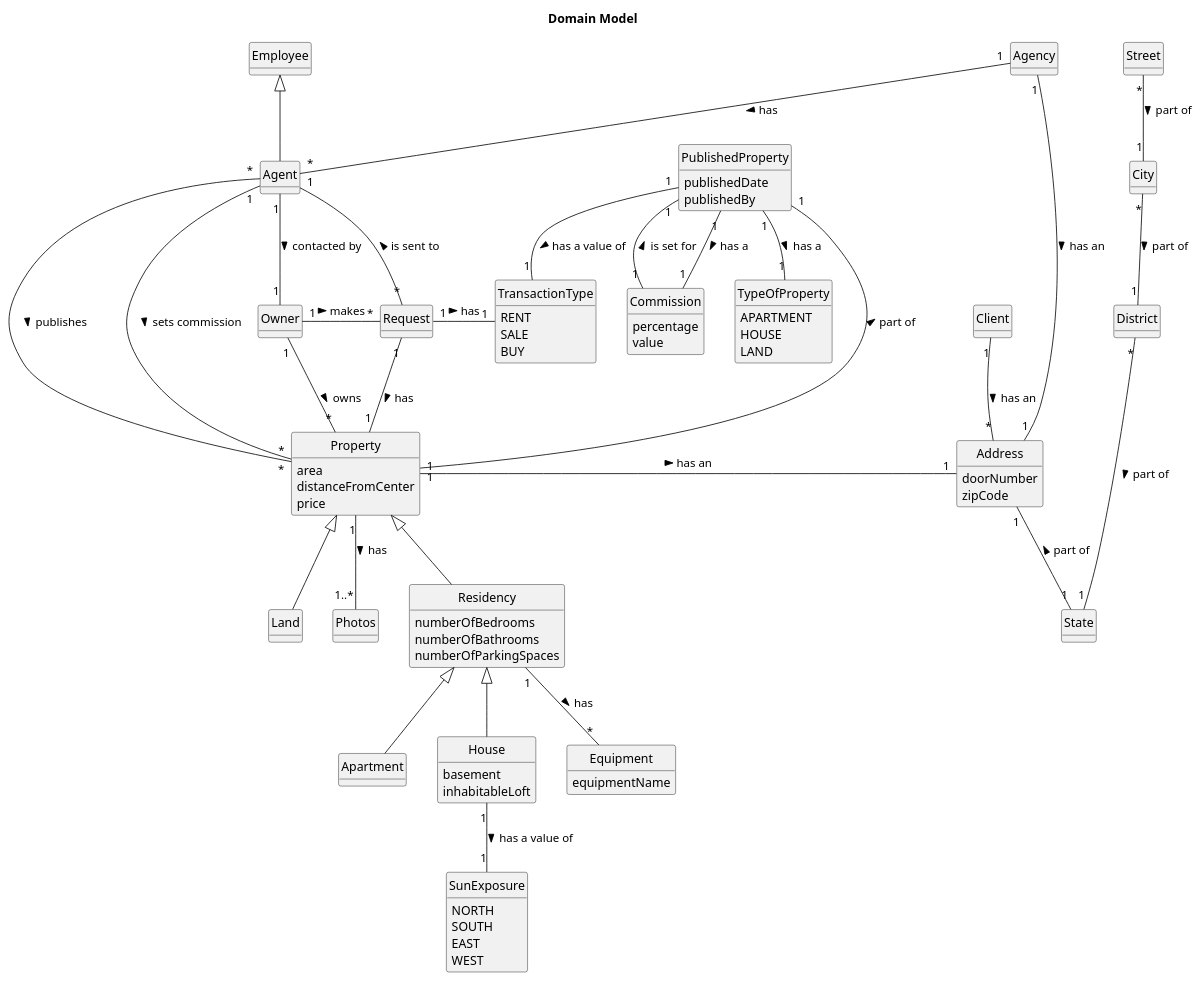
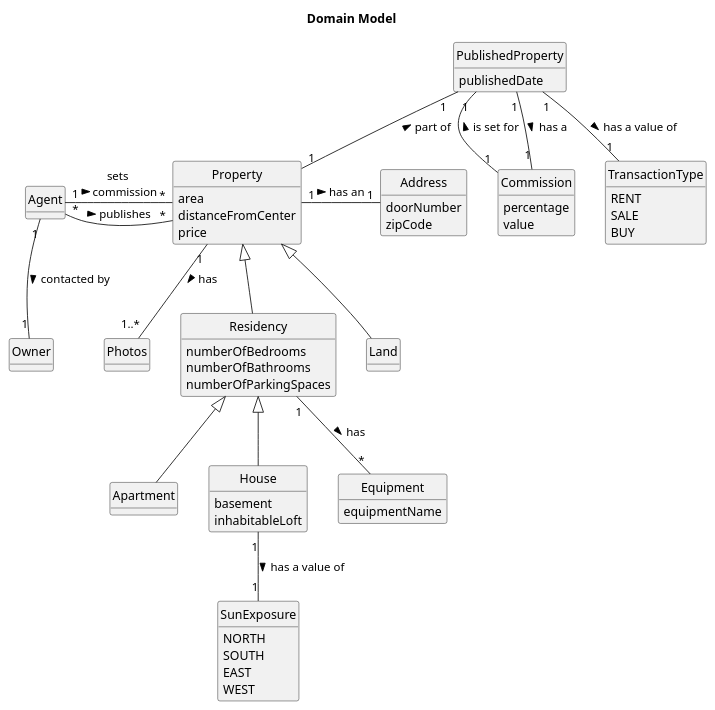
The diagram in docs/sprintC/us002/02.analysis/puml/us002-domain-model.puml (Goncalves2525/real-estate-management-system), drawn with PlantUML before and after one commit. The commit also changed 9 other files, not shown here.

Commit message:
SD & SSD [US012] CreatePropertyRequestScene & Window [US004]

```diff
--- a/docs/sprintC/us002/02.analysis/puml/us002-domain-model.puml
+++ b/docs/sprintC/us002/02.analysis/puml/us002-domain-model.puml
@@ -1,134 +1,102 @@
 @startuml
 skinparam monochrome true
 skinparam packageStyle rectangle
 skinparam shadowing false
 skinparam classAttributeIconSize 0
 'skinparam linetype ortho
 hide circle
 hide methods
 
 title Domain Model
 
-class Client{
+'class Employee{
+'}
+
+class Agent {
 }
-
-class Owner{
-}
-
-class Employee{
-}
-
-class Agent extends Employee{
-}
-
-
 
 class Property{
     area
     distanceFromCenter
     price
 }
 
 class Photos {
 }
 
 class Address{
     doorNumber
     zipCode
-}
-
-class Street{
-}
-
-class City{
-}
-
-class District{
-}
-
-class State{
 }
 
 class Apartment extends Residency{
 }
 
 class House extends Residency{
     basement
     inhabitableLoft
 }
 
 class Residency extends Property{
     numberOfBedrooms
     numberOfBathrooms
     numberOfParkingSpaces
 
 }
 
 class PublishedProperty{
     publishedDate
-    publishedBy
+    'publishedBy
 }
 
 class Commission{
     percentage
     value
 }
 
-class TypeOfProperty{
-    APARTMENT
-    HOUSE
-    LAND
-}
+'class TypeOfProperty{
+'    APARTMENT
+'    HOUSE
+'    LAND
+'}
 
 class Land extends Property{
 }
 
 class Equipment{
     equipmentName
 }
 
 
 class SunExposure{
 NORTH
 SOUTH
 EAST
 WEST
 }
 
 class TransactionType{
 RENT
 SALE
 BUY
 }
 
 
-class Request{
-}
-
-PublishedProperty "1" -- "1" TypeOfProperty: has a >
-Agency "1" -- "*" Agent: has >
+'PublishedProperty "1" -- "1" TypeOfProperty: has a >
 Agent "1" -- "1" Owner : contacted by >
-Agent "*" - "*" Property: publishes >
-Agent "1" - "*" Property: sets commission >
-Owner "1" -- "*" Property: owns >
-Owner "1" - "*" Request: makes >
-Request "*" -- "1" Agent: is sent to >
-Request "1" - "1" Property: has >
-Request "1" - "1" TransactionType: has >
-Address "1" -- "1" State : part of <
-City "*" -- "1" District : part of >
-Street "*" -- "1" City : part of >
-District "*" --- "1" State : part of >
-Client "1" -- "*" Address: has an >
+Agent "*" -- "*" Property: publishes >
+Agent "1" - "*" Property: sets \ncommission >
+'Request' "*" -- "1" Agent: is sent to >
+'Request "1" - "1" Property: has >
+'Request "1" - "1" TransactionType: has >
 Property "1" -- "1..*" Photos: has >
 PublishedProperty "1" -- "1" Commission: is set for <
 Residency "1" -- "*" Equipment: has >
 PublishedProperty "1" -- "1" Property: part of <
 Property "1" - "1" Address: has an >
 PublishedProperty "1" -- "1" Commission : has a >
 House "1" -- "1" SunExposure: has a value of >
 PublishedProperty "1" -- "1" TransactionType: has a value of >
-Agency "1" -- "1" Address: has an >
 
 
 @enduml
```
